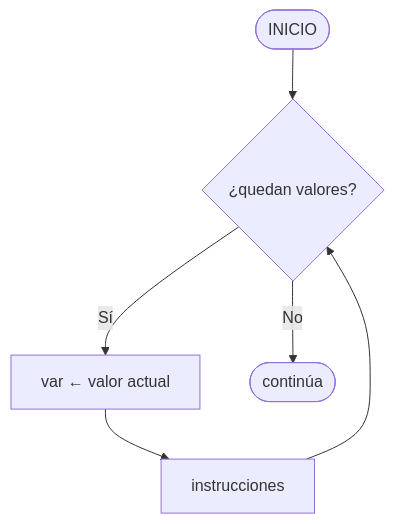
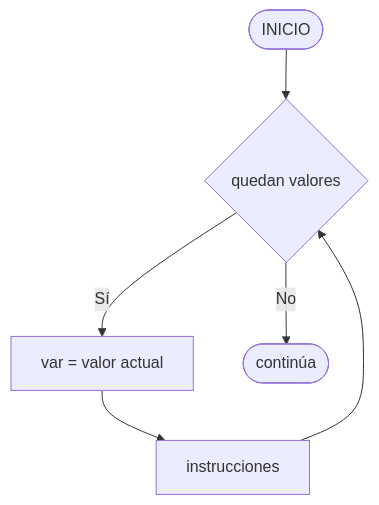
One commit to BenjaminSerrano/principios-programacion changed the first of 2 diagrams in docs/core/controlflow/for-examples.md. Above: the diagram before and after it, drawn with Mermaid. The commit also changed other lines of this file and 4 other files, not shown here.

First line of the commit message:
Reorganizar contenido y unificar convenciones en diagramas de flujo

````diff
--- a/docs/core/controlflow/for-examples.md
+++ b/docs/core/controlflow/for-examples.md
@@ -15,8 +15,8 @@
 ``` mermaid
 flowchart TD
-    A([INICIO]) --> B{"¿quedan valores?"}
-    B -->|Sí| C["var ← valor actual"]
+    A([INICIO]) --> B{"quedan valores"}
+    B -->|Sí| C["var = valor actual"]
     C --> D[instrucciones]
     D --> B
     B -->|No| E([continúa])
 ```
````
